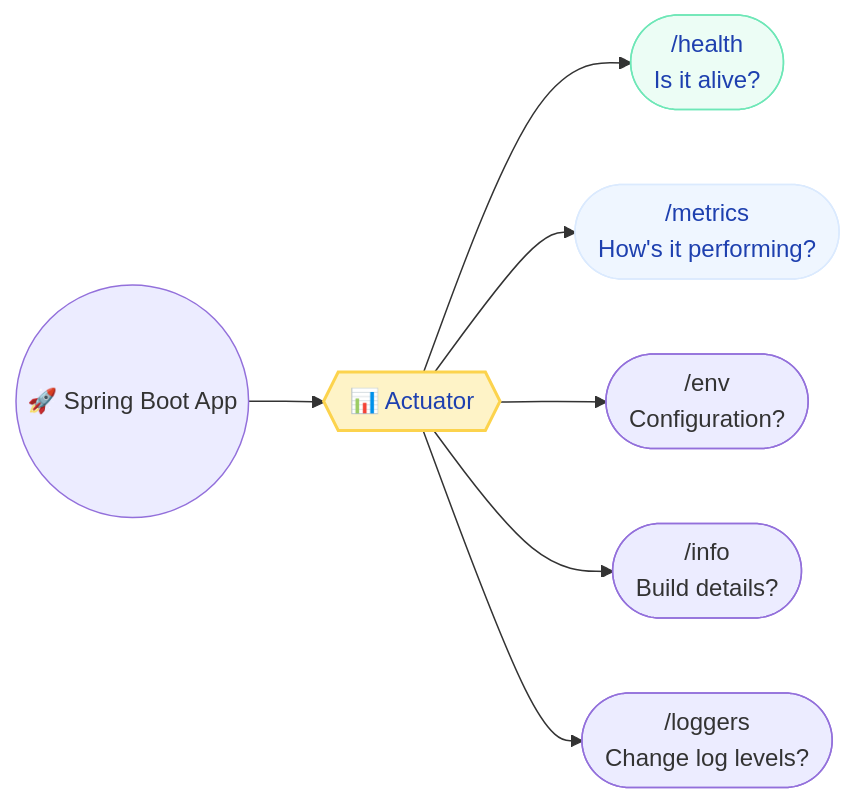
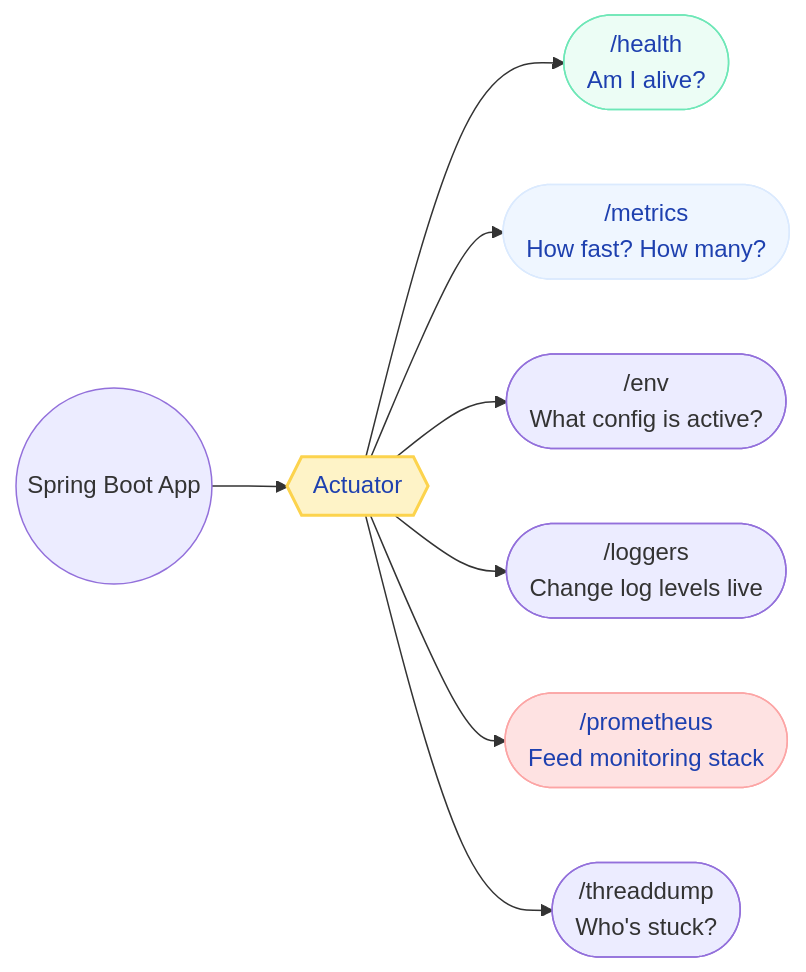
The first of 5 diagrams in docs/springboot/actuator.md (saivamsikaruturi/vamsilabs-dev-notes-main), drawn with Mermaid before and after one commit. The commit also changed other lines of this file and 21 other files, not shown here.

First line of the commit message:
Rewrite 20 Spring Boot + 2 Microservices pages as deep interview-prep guides

````diff
--- a/docs/springboot/actuator.md
+++ b/docs/springboot/actuator.md
@@ -14,13 +15,15 @@
 ```mermaid
 flowchart LR
-    App(("🚀 Spring Boot App")) --> Act{{"📊 Actuator"}}
-    Act --> H(["/health<br/>Is it alive?"])
-    Act --> M(["/metrics<br/>How's it performing?"])
-    Act --> E(["/env<br/>Configuration?"])
-    Act --> I(["/info<br/>Build details?"])
-    Act --> L(["/loggers<br/>Change log levels?"])
+    App(("Spring Boot App")) --> Act{{"Actuator"}}
+    Act --> H(["/health<br/>Am I alive?"])
+    Act --> M(["/metrics<br/>How fast? How many?"])
+    Act --> E(["/env<br/>What config is active?"])
+    Act --> L(["/loggers<br/>Change log levels live"])
+    Act --> P(["/prometheus<br/>Feed monitoring stack"])
+    Act --> T(["/threaddump<br/>Who's stuck?"])
 
     style Act fill:#FEF3C7,stroke:#FCD34D,stroke-width:2px,color:#1E40AF
     style H fill:#ECFDF5,stroke:#6EE7B7,color:#1E40AF
     style M fill:#EFF6FF,stroke:#DBEAFE,color:#1E40AF
+    style P fill:#FEE2E2,stroke:#FCA5A5,color:#1E40AF
 ```
````
